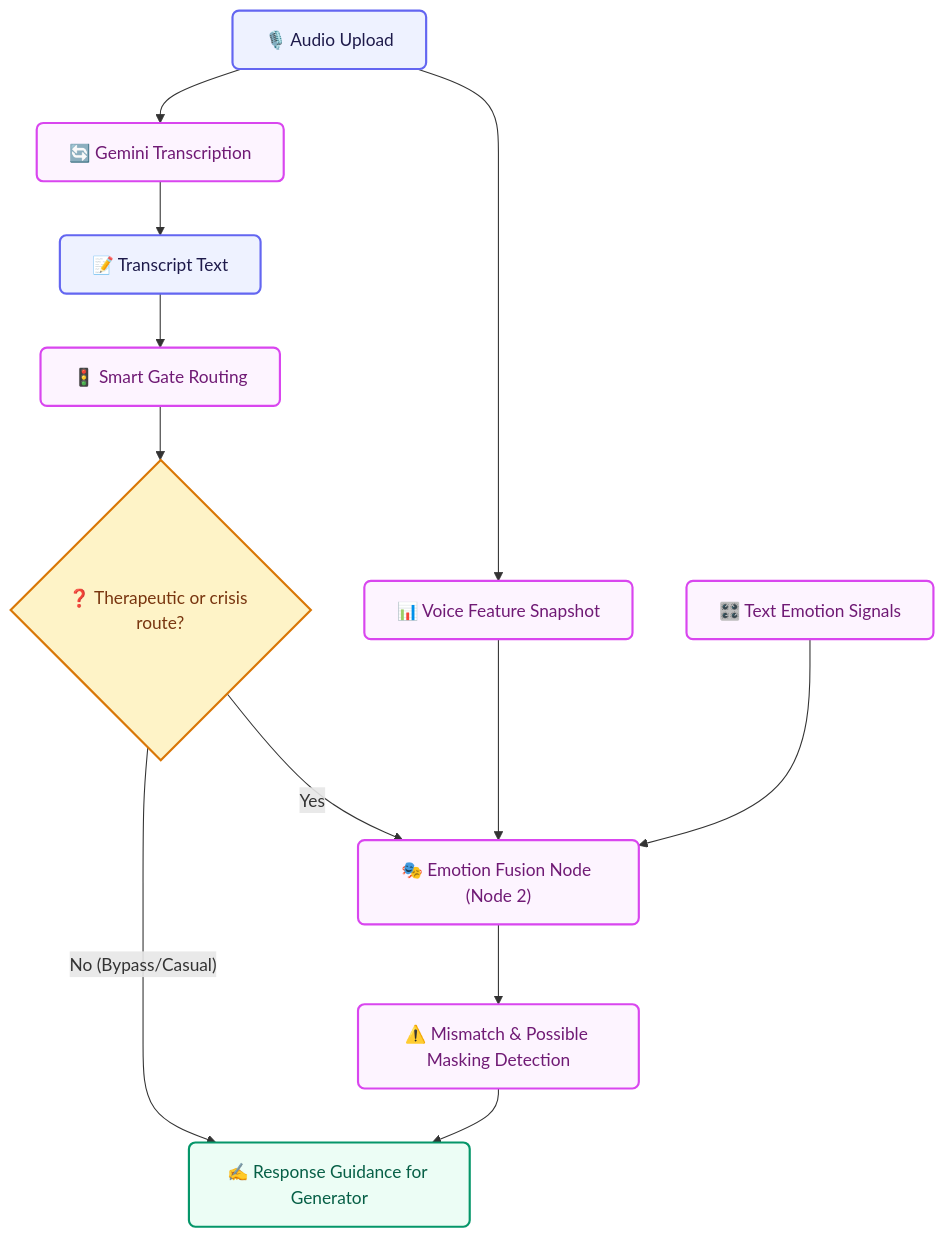
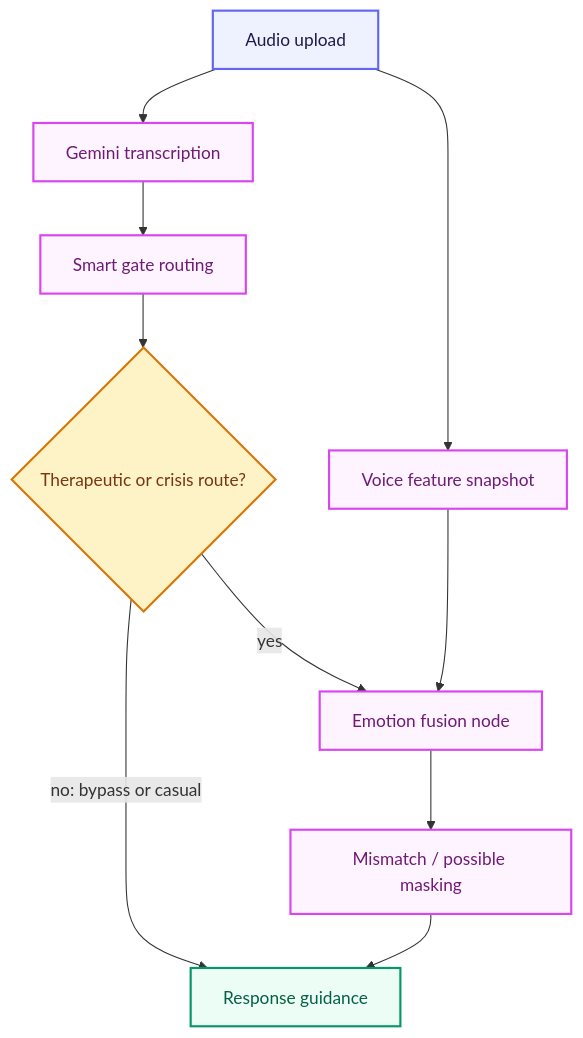
Before and after one commit to taha-mehmood-03/Personlaized-Trainer-Using-Agentic-AI: diagram 11 of 20 in README.md, drawn with Mermaid. The commit also changed other lines of this file, not shown here.

````diff
--- a/README.md
+++ b/README.md
@@ -975,33 +822,23 @@
 ```mermaid
 flowchart TD
-    %% Class Definitions
-    classDef input fill:#EEF2FF,stroke:#6366F1,stroke-width:2px,color:#1E1B4B,rx:6px,ry:6px;
+    classDef input fill:#EEF2FF,stroke:#6366F1,stroke-width:2px,color:#1E1B4B;
     classDef decision fill:#FEF3C7,stroke:#D97706,stroke-width:2px,color:#78350F;
-    classDef node fill:#FDF4FF,stroke:#D946EF,stroke-width:2px,color:#701A75,rx:6px,ry:6px;
-    classDef output fill:#ECFDF5,stroke:#059669,stroke-width:2px,color:#065F46,rx:6px,ry:6px;
+    classDef node fill:#FDF4FF,stroke:#D946EF,stroke-width:2px,color:#701A75;
+    classDef output fill:#ECFDF5,stroke:#059669,stroke-width:2px,color:#065F46;
 
-    Audio["🎙️ Audio Upload"]:::input
-    Transcribe["🔄 Gemini Transcription"]:::node
-    VoiceFeatures["📊 Voice Feature Snapshot"]:::node
-    Transcript["📝 Transcript Text"]:::input
-    SmartRoute["🚦 Smart Gate Routing"]:::node
-    Therapeutic{"❓ Therapeutic or crisis route?"}:::decision
-    Fusion["🎭 Emotion Fusion Node (Node 2)"]:::node
-    TextEmotion["🎛️ Text Emotion Signals"]:::node
-    Mismatch["⚠️ Mismatch & Possible Masking Detection"]:::node
-    ResponsePrompt["✍️ Response Guidance for Generator"]:::output
+    Audio["Audio upload"]:::input
+    Transcribe["Gemini transcription"]:::node
+    VoiceFeatures["Voice feature snapshot"]:::node
+    SmartRoute["Smart gate routing"]:::node
+    Therapeutic{"Therapeutic or crisis route?"}:::decision
+    Fusion["Emotion fusion node"]:::node
+    Mismatch["Mismatch / possible masking"]:::node
+    ResponsePrompt["Response guidance"]:::output
 
-    Audio --> Transcribe
+    Audio --> Transcribe --> SmartRoute
     Audio --> VoiceFeatures
-    Transcribe --> Transcript
-    Transcript --> SmartRoute
     SmartRoute --> Therapeutic
-    
-    Therapeutic -- Yes --> Fusion
-    Therapeutic -- No (Bypass/Casual) --> ResponsePrompt
-    
-    VoiceFeatures --> Fusion
-    TextEmotion --> Fusion
-    Fusion --> Mismatch
-    Mismatch --> ResponsePrompt
+    Therapeutic -- yes --> Fusion
+    Therapeutic -- no: bypass or casual --> ResponsePrompt
+    VoiceFeatures --> Fusion --> Mismatch --> ResponsePrompt
 ```
````
